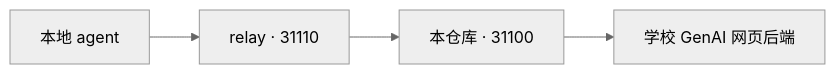
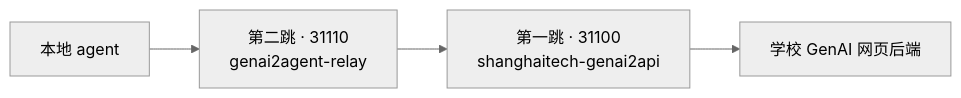
The diagram in README.md (FrozenYears/shanghaitech-genai2api), drawn with Mermaid (neutral theme) before and after one commit. The commit also changed other lines of this file and 4 other files, not shown here.

````diff
--- a/README.md
+++ b/README.md
@@ -11,6 +11,6 @@
 ```mermaid
 flowchart LR
-    A[本地 agent] --> R[relay · 31110]
-    R --> F[本仓库 · 31100]
+    A[本地 agent] --> R["第二跳 · 31110<br/>genai2agent-relay"]
+    R --> F["第一跳 · 31100<br/>shanghaitech-genai2api"]
     F --> W[学校 GenAI 网页后端]
 ```
````
